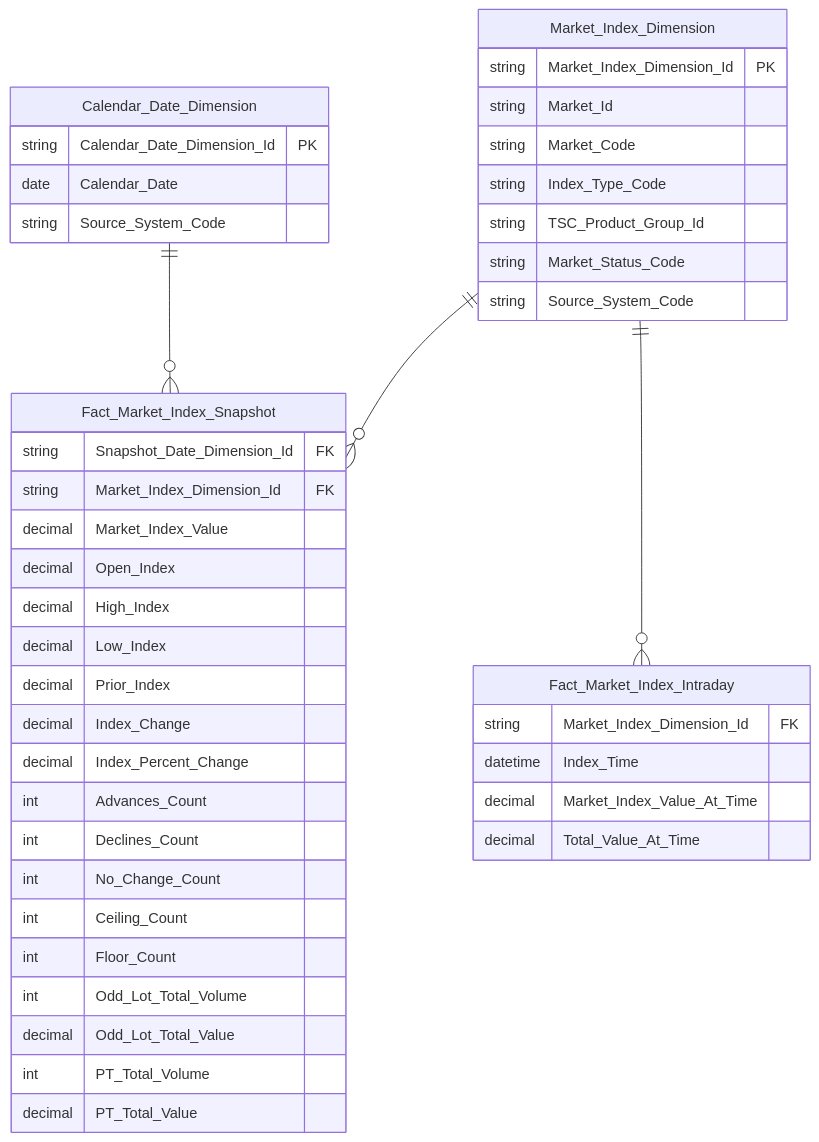
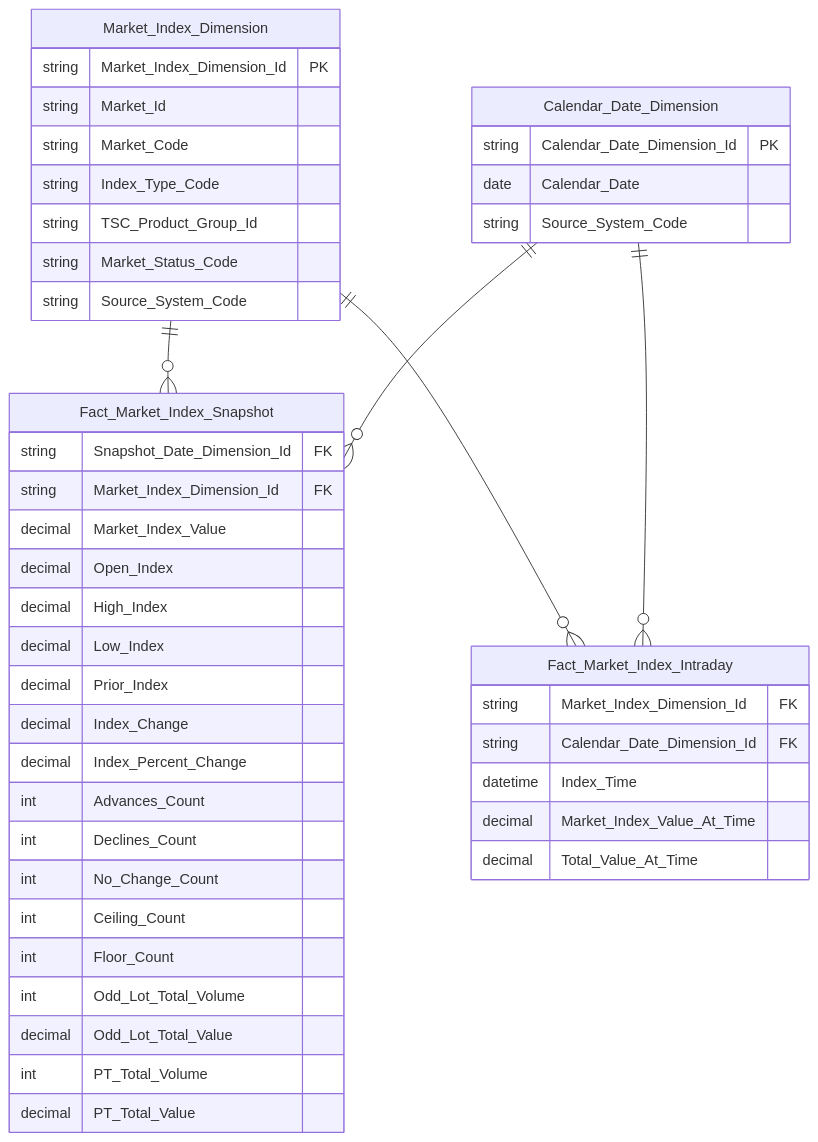
Before and after one commit to linhlvit/ubck_atomic_design: the tenth of 57 diagrams in Datamart/hld/DTM_GSTT_HLD.md, drawn with Mermaid. The commit also changed other lines of this file and 21 other files, not shown here.

````diff
--- a/Datamart/hld/DTM_GSTT_HLD.md
+++ b/Datamart/hld/DTM_GSTT_HLD.md
@@ -454,46 +485,48 @@
 ```mermaid
 erDiagram
     Market_Index_Dimension {
         string Market_Index_Dimension_Id PK
         string Market_Id
         string Market_Code
         string Index_Type_Code
         string TSC_Product_Group_Id
         string Market_Status_Code
         string Source_System_Code
     }
     Calendar_Date_Dimension {
         string Calendar_Date_Dimension_Id PK
         date Calendar_Date
         string Source_System_Code
     }
     Fact_Market_Index_Snapshot {
         string Snapshot_Date_Dimension_Id FK
         string Market_Index_Dimension_Id FK
         decimal Market_Index_Value
         decimal Open_Index
         decimal High_Index
         decimal Low_Index
         decimal Prior_Index
         decimal Index_Change
         decimal Index_Percent_Change
         int Advances_Count
         int Declines_Count
         int No_Change_Count
         int Ceiling_Count
         int Floor_Count
         int Odd_Lot_Total_Volume
         decimal Odd_Lot_Total_Value
         int PT_Total_Volume
         decimal PT_Total_Value
     }
     Fact_Market_Index_Intraday {
         string Market_Index_Dimension_Id FK
+        string Calendar_Date_Dimension_Id FK
         datetime Index_Time
         decimal Market_Index_Value_At_Time
         decimal Total_Value_At_Time
     }
     Market_Index_Dimension ||--o{ Fact_Market_Index_Snapshot : " "
     Calendar_Date_Dimension ||--o{ Fact_Market_Index_Snapshot : " "
     Market_Index_Dimension ||--o{ Fact_Market_Index_Intraday : " "
+    Calendar_Date_Dimension ||--o{ Fact_Market_Index_Intraday : " "
 ```
````
